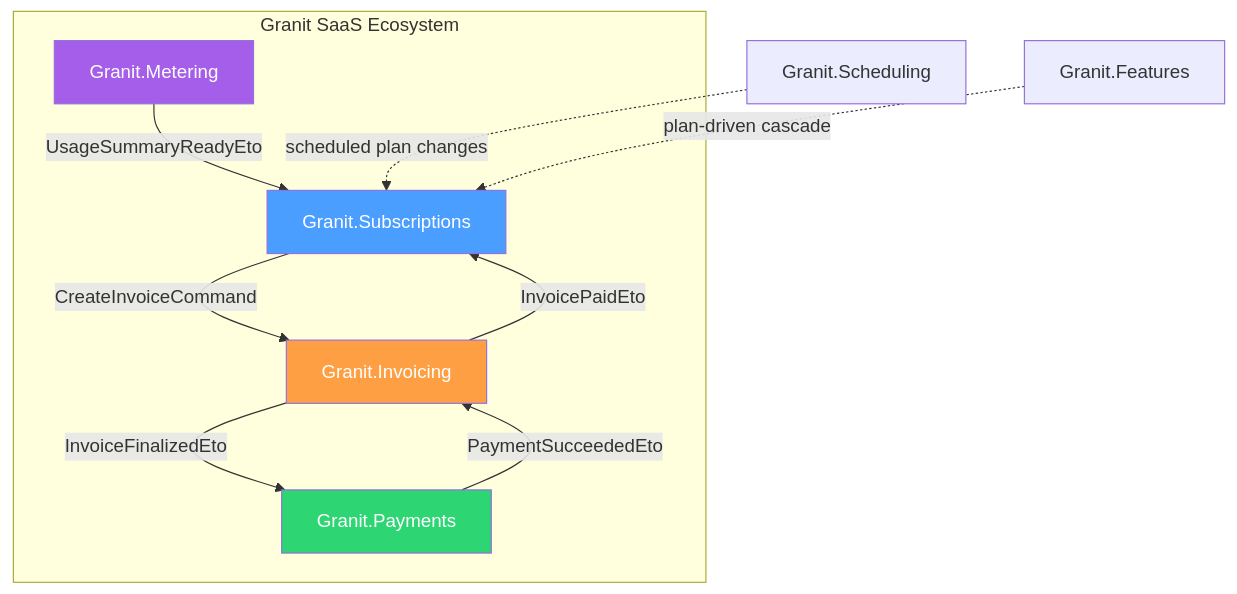
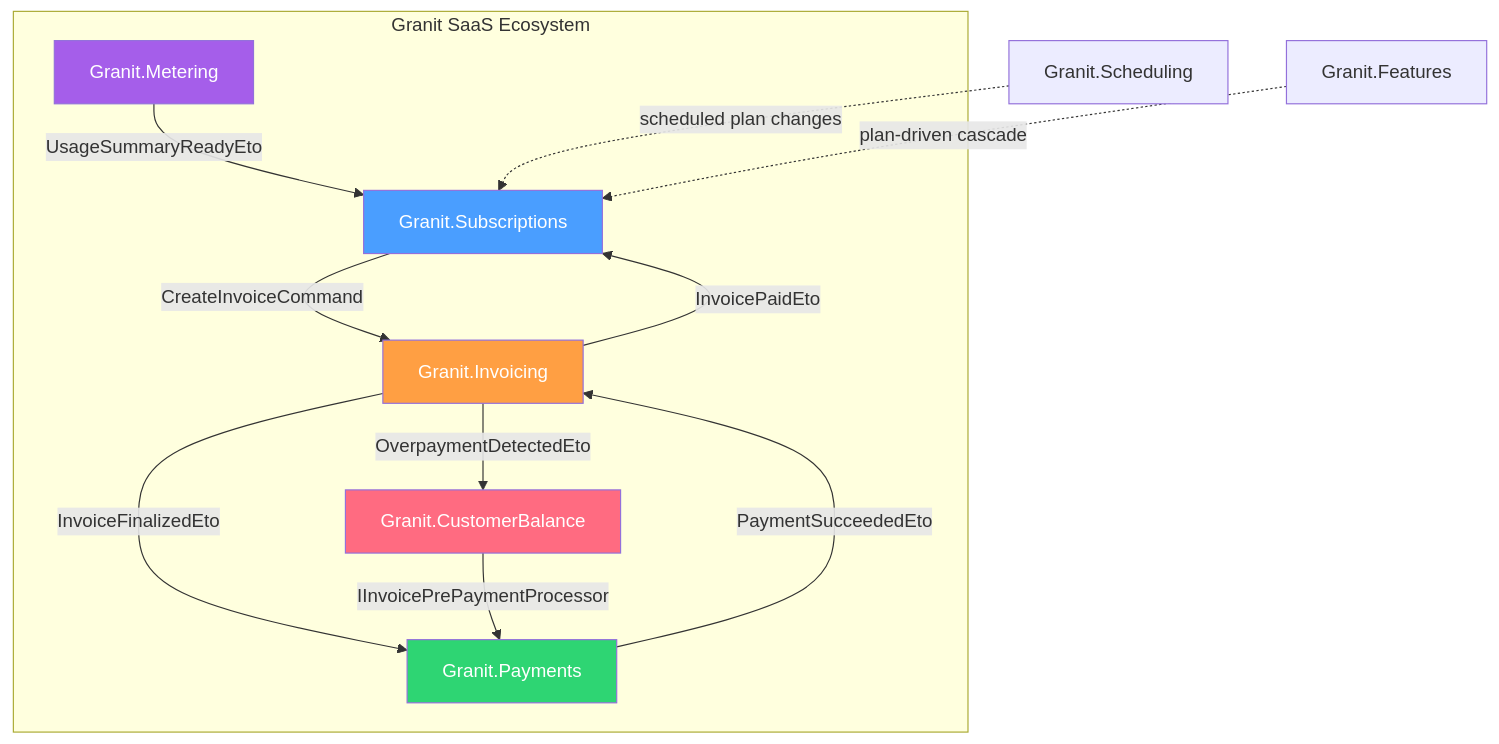
The diagram in docs-site/src/content/docs/dotnet/saas/index.mdx (granit-fx/granit-dotnet), drawn with Mermaid before and after one commit. The commit also changed other lines of this file and 112 other files, not shown here.

First line of the commit message:
feat: add Granit.CustomerBalance module — per-tenant credit ledger (SaaS Phase 3)

````diff
--- a/docs-site/src/content/docs/dotnet/saas/index.mdx
+++ b/docs-site/src/content/docs/dotnet/saas/index.mdx
@@ -18,18 +18,21 @@
 ```mermaid
 graph TD
     subgraph "Granit SaaS Ecosystem"
         SUB[Granit.Subscriptions] -->|CreateInvoiceCommand| INV[Granit.Invoicing]
         MET[Granit.Metering] -->|UsageSummaryReadyEto| SUB
         INV -->|InvoiceFinalizedEto| PAY[Granit.Payments]
         PAY -->|PaymentSucceededEto| INV
         INV -->|InvoicePaidEto| SUB
+        INV -->|OverpaymentDetectedEto| BAL[Granit.CustomerBalance]
+        BAL -->|IInvoicePrePaymentProcessor| PAY
     end
 
     SCH[Granit.Scheduling] -.->|scheduled plan changes| SUB
     FEA[Granit.Features] -.->|plan-driven cascade| SUB
 
     style SUB fill:#4a9eff,color:#fff
     style INV fill:#ff9f43,color:#fff
     style PAY fill:#2ed573,color:#fff
     style MET fill:#a55eea,color:#fff
+    style BAL fill:#ff6b81,color:#fff
 ```
````
